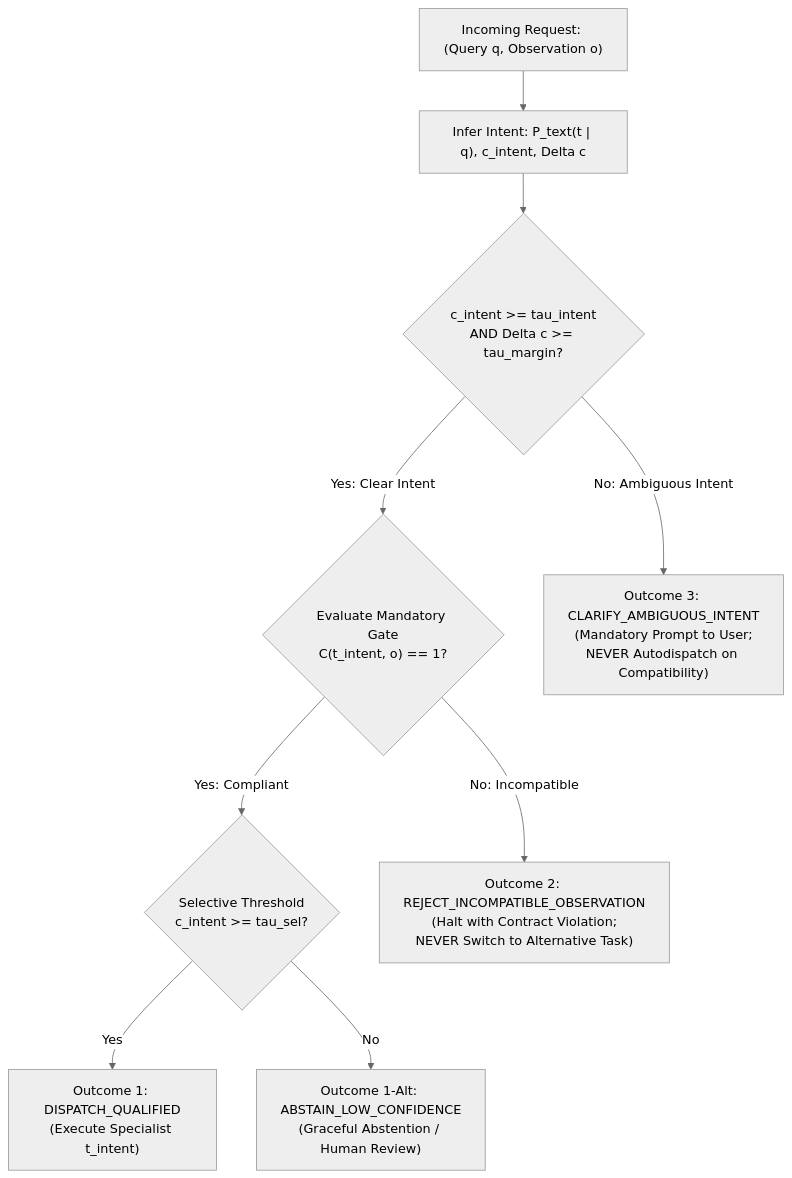
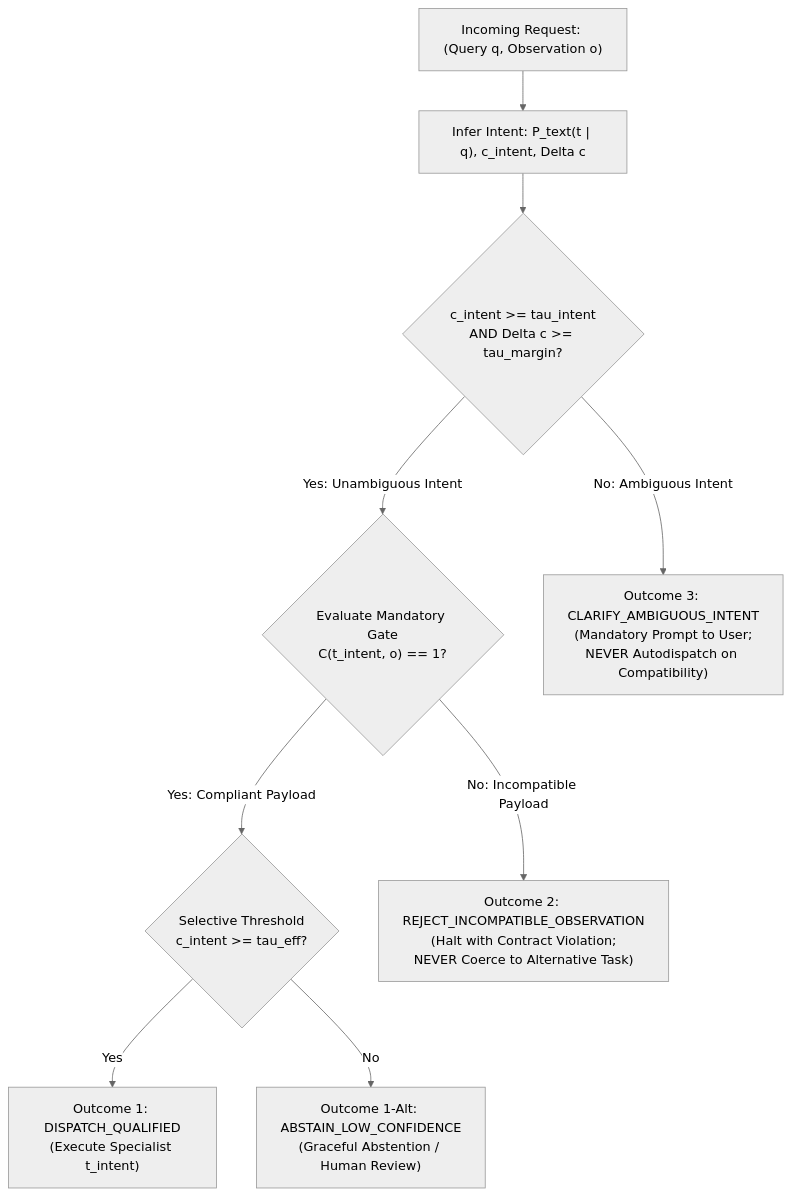
The diagram in PHASE3_M30_PROTOCOL_FREEZE.md (navaneeth2205/SatQueryAI), drawn with Mermaid (neutral theme) before and after one commit. The commit also changed other lines of this file, not shown here.

````diff
--- a/PHASE3_M30_PROTOCOL_FREEZE.md
+++ b/PHASE3_M30_PROTOCOL_FREEZE.md
@@ -58,14 +59,14 @@
 ```mermaid
 flowchart TD
     Start["Incoming Request: (Query q, Observation o)"] --> IntentStep["Infer Intent: P_text(t | q), c_intent, Delta c"]
     IntentStep --> CheckIntent{"c_intent >= tau_intent\nAND Delta c >= tau_margin?"}
 
-    CheckIntent -->|Yes: Clear Intent| CheckGate{"Evaluate Mandatory Gate\nC(t_intent, o) == 1?"}
+    CheckIntent -->|Yes: Unambiguous Intent| CheckGate{"Evaluate Mandatory Gate\nC(t_intent, o) == 1?"}
     CheckIntent -->|No: Ambiguous Intent| Outcome3["Outcome 3: CLARIFY_AMBIGUOUS_INTENT\n(Mandatory Prompt to User;\nNEVER Autodispatch on Compatibility)"]
 
-    CheckGate -->|Yes: Compliant| CheckSel{"Selective Threshold\nc_intent >= tau_sel?"}
-    CheckGate -->|No: Incompatible| Outcome2["Outcome 2: REJECT_INCOMPATIBLE_OBSERVATION\n(Halt with Contract Violation;\nNEVER Switch to Alternative Task)"]
+    CheckGate -->|Yes: Compliant Payload| CheckSel{"Selective Threshold\nc_intent >= tau_eff?"}
+    CheckGate -->|No: Incompatible Payload| Outcome2["Outcome 2: REJECT_INCOMPATIBLE_OBSERVATION\n(Halt with Contract Violation;\nNEVER Coerce to Alternative Task)"]
 
     CheckSel -->|Yes| Outcome1A["Outcome 1: DISPATCH_QUALIFIED\n(Execute Specialist t_intent)"]
     CheckSel -->|No| Outcome1B["Outcome 1-Alt: ABSTAIN_LOW_CONFIDENCE\n(Graceful Abstention / Human Review)"]
 ```
````
